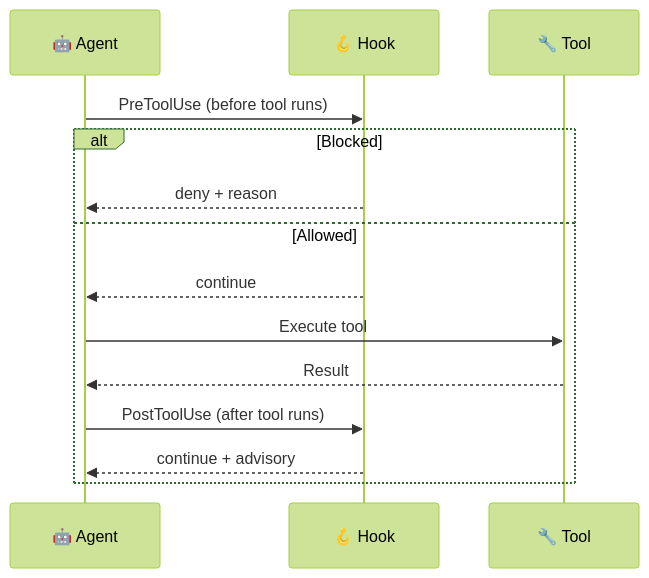
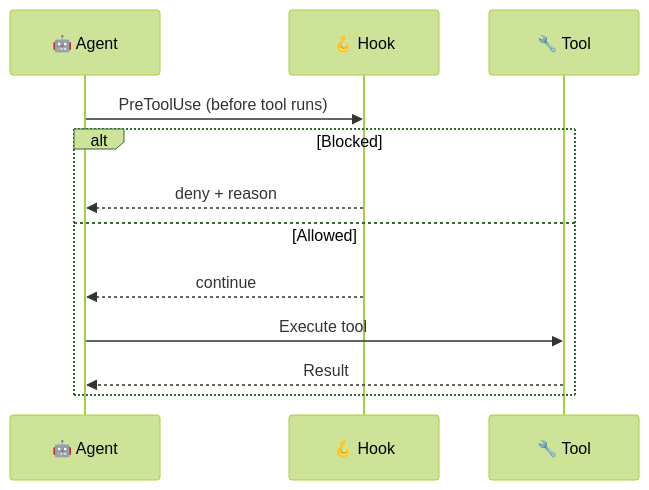
One commit to jonathan-vella/apex changed the diagram in site/src/content/docs/guides/hooks.md. Above: the diagram before and after it, drawn with Mermaid (forest theme). The commit also changed other lines of this file and 23 other files, not shown here.

````diff
--- a/site/src/content/docs/guides/hooks.md
+++ b/site/src/content/docs/guides/hooks.md
@@ -24,17 +24,15 @@
 ```mermaid
 sequenceDiagram
     participant A as 🤖 Agent
     participant H as 🪝 Hook
     participant T as 🔧 Tool
 
     A->>H: PreToolUse (before tool runs)
     alt Blocked
         H-->>A: deny + reason
     else Allowed
         H-->>A: continue
         A->>T: Execute tool
         T-->>A: Result
-        A->>H: PostToolUse (after tool runs)
-        H-->>A: continue + advisory
     end
 ```
````
